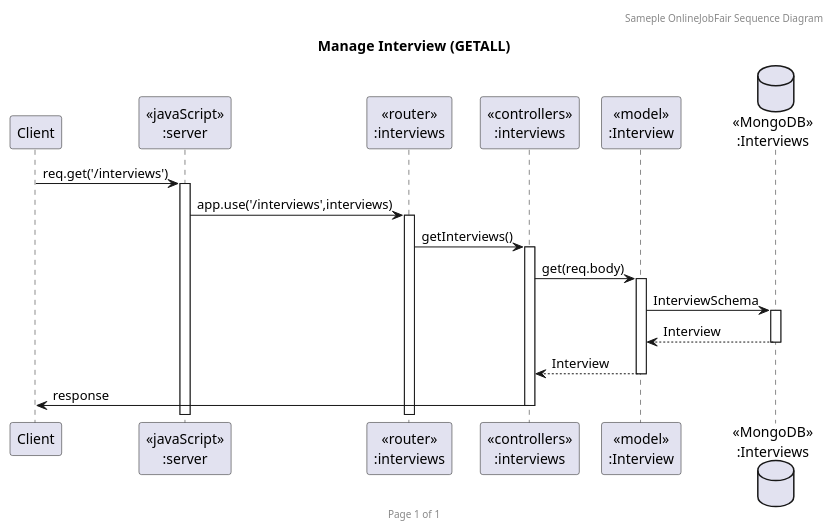
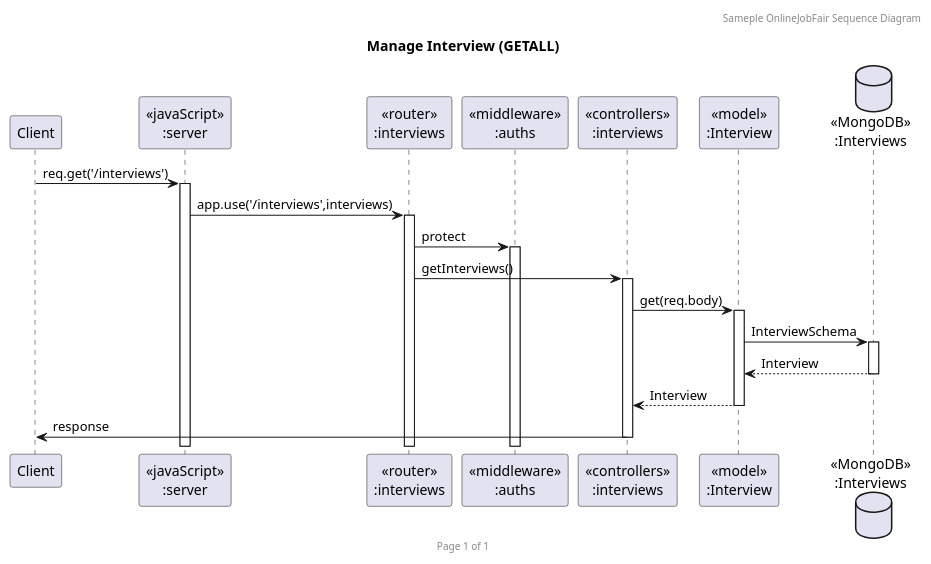
The diagram in plantuml/getallinter.puml (2110503TACEDT66/presentation-day-1-madumeawteehongraomai), drawn with PlantUML before and after one commit. The commit also changed 29 other files, not shown here.

```diff
--- a/plantuml/getallinter.puml
+++ b/plantuml/getallinter.puml
@@ -1,23 +1,25 @@
 @startuml Manage Interview (GET)
 
 header Sameple OnlineJobFair Sequence Diagram
 footer Page %page% of %lastpage%
 title "Manage Interview (GETALL)"
 
 participant "Client" as client
 participant "<<javaScript>>\n:server" as server
 participant "<<router>>\n:interviews" as routerInterviews
+participant "<<middleware>>\n:auths" as auth
 participant "<<controllers>>\n:interviews" as controllersInterviews
 participant "<<model>>\n:Interview" as modelInterview
 database "<<MongoDB>>\n:Interviews" as InterviewsDatabase
 
 client->server ++:req.get('/interviews')
 server->routerInterviews ++:app.use('/interviews',interviews)
+routerInterviews -> auth ++:protect
 routerInterviews -> controllersInterviews ++:getInterviews()
 controllersInterviews->modelInterview ++:get(req.body)
 modelInterview ->InterviewsDatabase ++: InterviewSchema
 InterviewsDatabase --> modelInterview --: Interview
 controllersInterviews <-- modelInterview --:Interview
 controllersInterviews->client --:response
 
 @enduml
```
